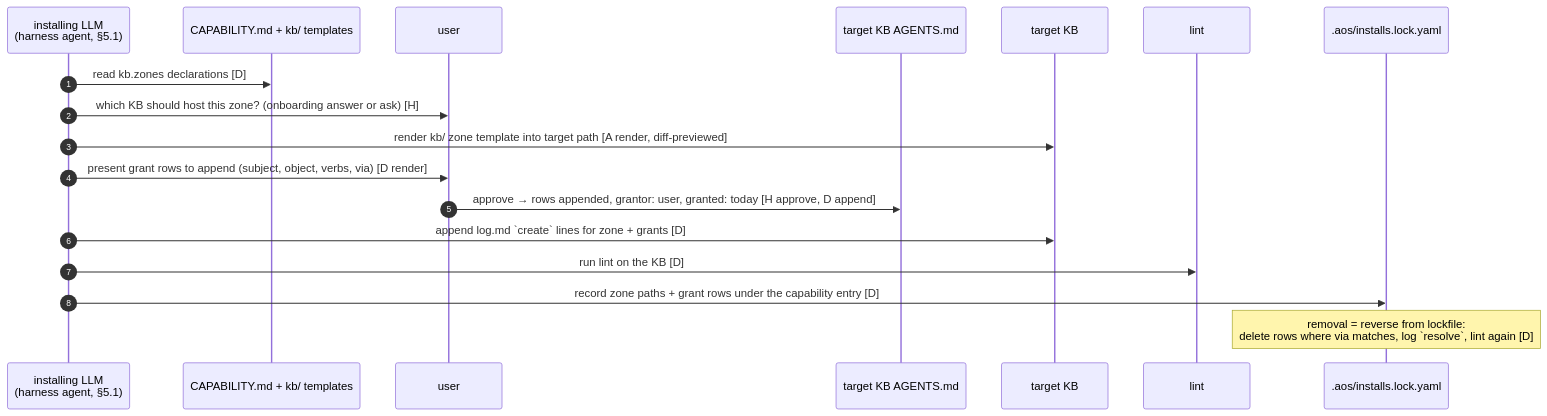
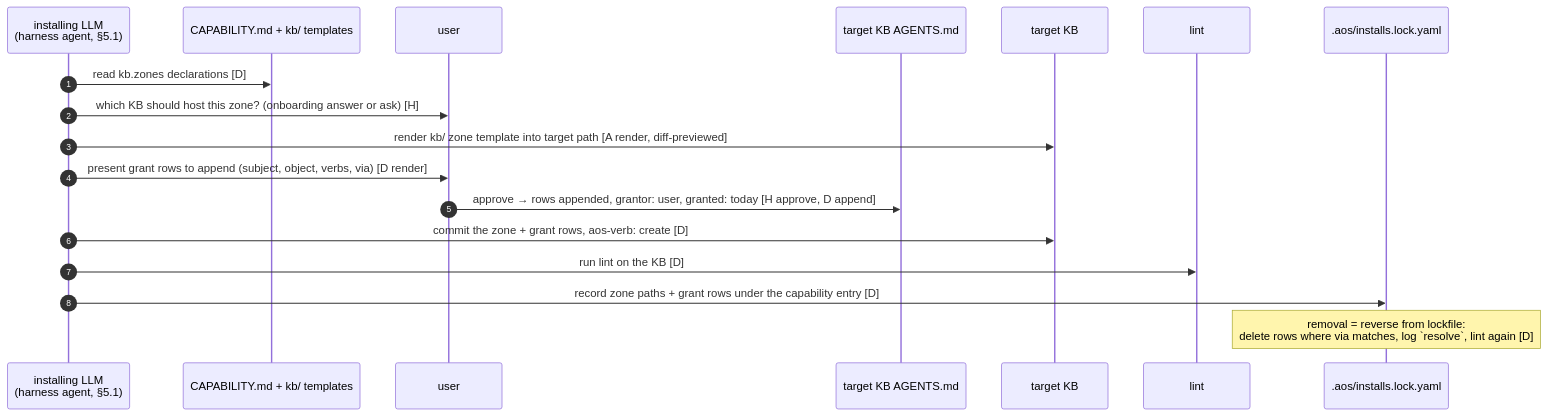
The fourth of 5 diagrams in design/kb-authorization.md (AlmogBaku/aos), drawn with Mermaid before and after one commit. The commit also changed other lines of this file, not shown here.

````diff
--- a/design/kb-authorization.md
+++ b/design/kb-authorization.md
@@ -306,21 +324,21 @@
 ```mermaid
 sequenceDiagram
     autonumber
     participant I as installing LLM<br/>(harness agent, §5.1)
     participant M as CAPABILITY.md + kb/ templates
     participant U as user
     participant Gr as target KB AGENTS.md ## Grants
     participant KB as target KB
     participant L as lint
     participant Lock as .aos/installs.lock.yaml
 
     I->>M: read kb.zones declarations [D]
     I->>U: which KB should host this zone? (onboarding answer or ask) [H]
     I->>KB: render kb/ zone template into target path [A render, diff-previewed]
     I->>U: present grant rows to append (subject, object, verbs, via) [D render]
     U->>Gr: approve → rows appended, grantor: user, granted: today [H approve, D append]
-    I->>KB: append log.md `create` lines for zone + grants [D]
+    I->>KB: commit the zone + grant rows, aos-verb: create [D]
     I->>L: run lint on the KB [D]
     I->>Lock: record zone paths + grant rows under the capability entry [D]
     Note over Lock: removal = reverse from lockfile:<br/>delete rows where via matches, log `resolve`, lint again [D]
 ```
````
